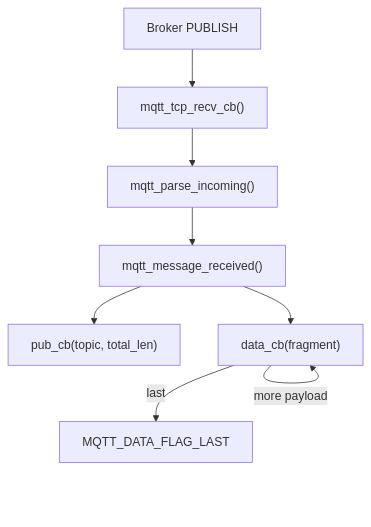
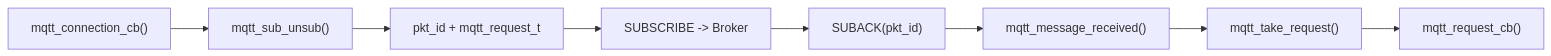
One commit to wdfk-prog/lwIP-Source-Lab changed the ninth of 10 diagrams in docs/34-mqtt.md. Above: the diagram before and after it, drawn with Mermaid. The commit also changed other lines of this file and 49 other files, not shown here.

````diff
--- a/docs/34-mqtt.md
+++ b/docs/34-mqtt.md
@@ -267,10 +1282,10 @@
 ```mermaid
-flowchart TD
-    A["Broker PUBLISH"] --> B["mqtt_tcp_recv_cb()"]
-    B --> C["mqtt_parse_incoming()"]
-    C --> D["mqtt_message_received()"]
-    D --> E["pub_cb(topic, total_len)"]
-    D --> F["data_cb(fragment)"]
-    F -->|"more payload"| F
-    F -->|"last"| G["MQTT_DATA_FLAG_LAST"]
+flowchart LR
+    A["mqtt_connection_cb()"] --> B["mqtt_sub_unsub()"]
+    B --> C["pkt_id + mqtt_request_t"]
+    C --> D["SUBSCRIBE -> Broker"]
+    D --> E["SUBACK(pkt_id)"]
+    E --> F["mqtt_message_received()"]
+    F --> G["mqtt_take_request()"]
+    G --> H["mqtt_request_cb()"]
 ```
````
